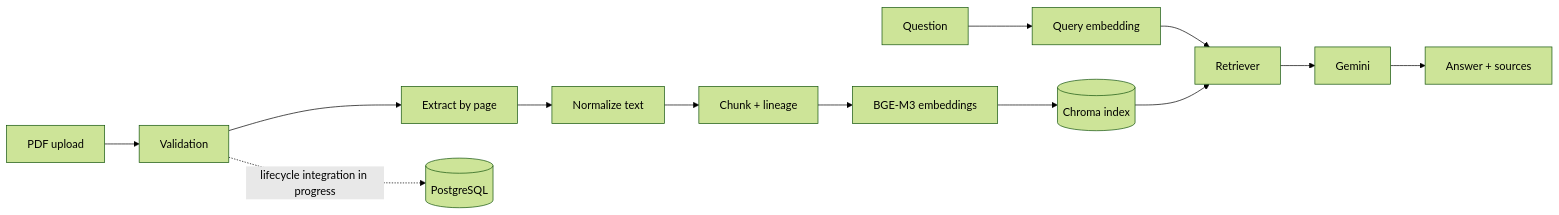
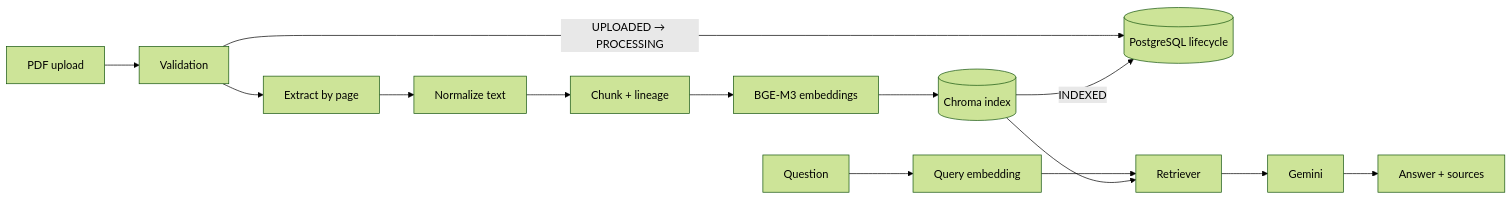
Before and after one commit to tonthatgiahuy16/CloudMentor-AI: the diagram in README.md, drawn with Mermaid (forest theme). The commit also changed other lines of this file, not shown here.

````diff
--- a/README.md
+++ b/README.md
@@ -92,17 +100,17 @@
 ```mermaid
 flowchart LR
     U[PDF upload] --> V[Validation]
+    V -->|UPLOADED → PROCESSING| PG[(PostgreSQL lifecycle)]
     V --> EX[Extract by page]
     EX --> TR[Normalize text]
     TR --> CK[Chunk + lineage]
     CK --> EM[BGE-M3 embeddings]
     EM --> CH[(Chroma index)]
-
-    V -. lifecycle integration in progress .-> PG[(PostgreSQL)]
+    CH -->|INDEXED| PG
 
     Q[Question] --> QE[Query embedding]
     QE --> RT[Retriever]
     CH --> RT
     RT --> GM[Gemini]
     GM --> A[Answer + sources]
 ```
````
